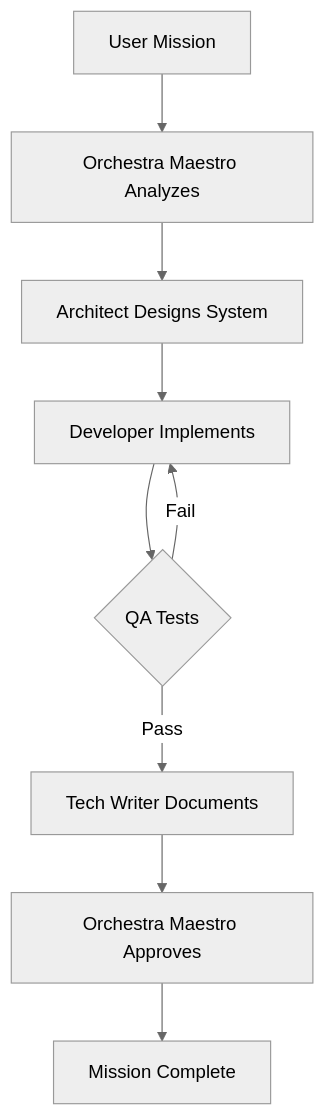
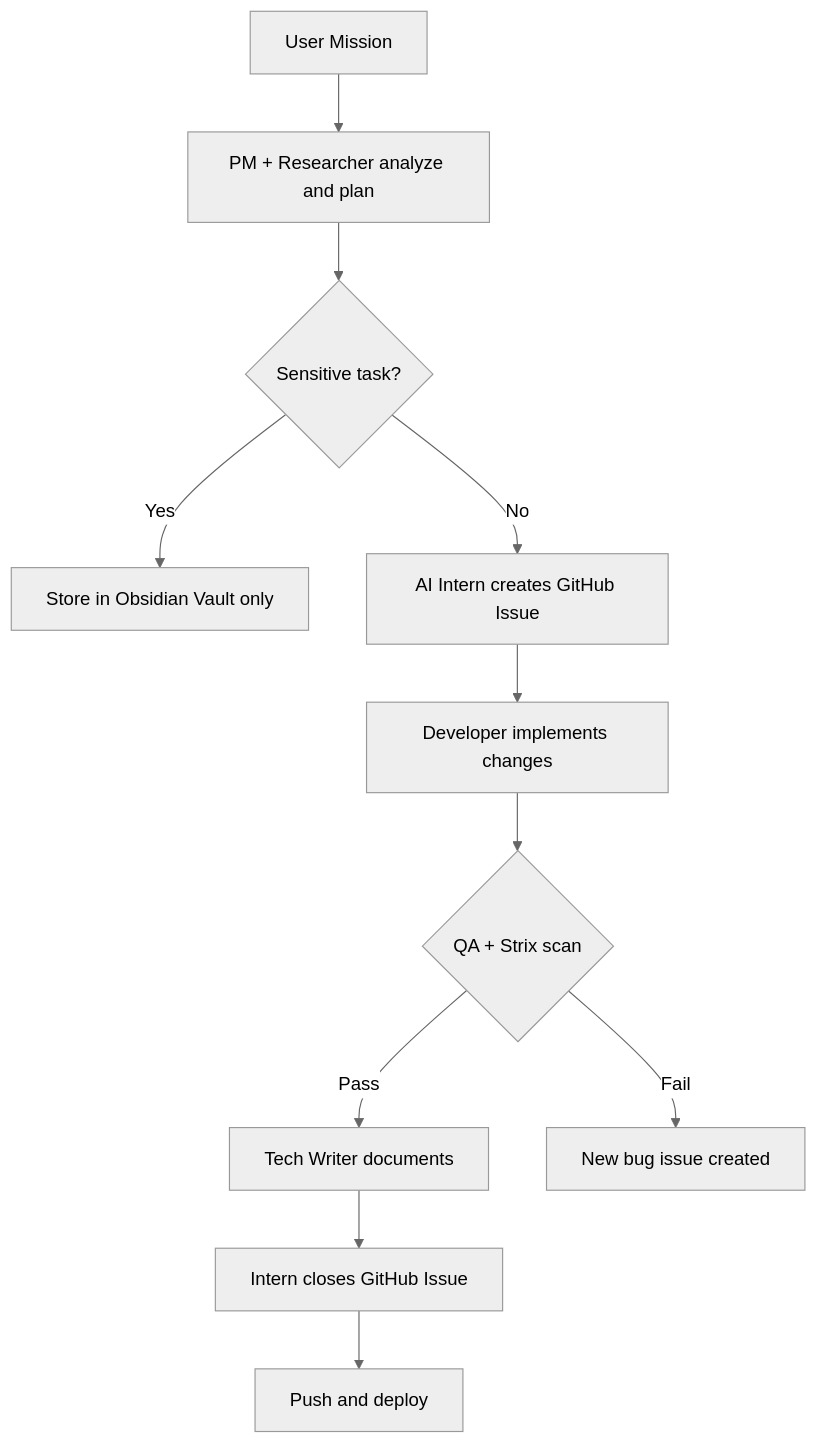
The diagram in README.md (Inineo/Kibi-Orchestra-AI-Office), drawn with Mermaid (neutral theme) before and after one commit. The commit also changed other lines of this file, not shown here.

````diff
--- a/README.md
+++ b/README.md
@@ -266,11 +318,13 @@
 ```mermaid
 graph TD
-    A[User Mission] --> B[Orchestra Maestro Analyzes]
-    B --> C[Architect Designs System]
-    C --> D[Developer Implements]
-    D --> E{QA Tests}
-    E -->|Pass| F[Tech Writer Documents]
-    E -->|Fail| D
-    F --> G[Orchestra Maestro Approves]
-    G --> H[Mission Complete]
+    A[User Mission] --> B[PM + Researcher analyze and plan]
+    B --> C{Sensitive task?}
+    C -->|Yes| D[Store in Obsidian Vault only]
+    C -->|No| E[AI Intern creates GitHub Issue]
+    E --> F[Developer implements changes]
+    F --> G{QA + Strix scan}
+    G -->|Pass| H[Tech Writer documents]
+    G -->|Fail| I[New bug issue created]
+    H --> J[Intern closes GitHub Issue]
+    J --> K[Push and deploy]
 ```
````
